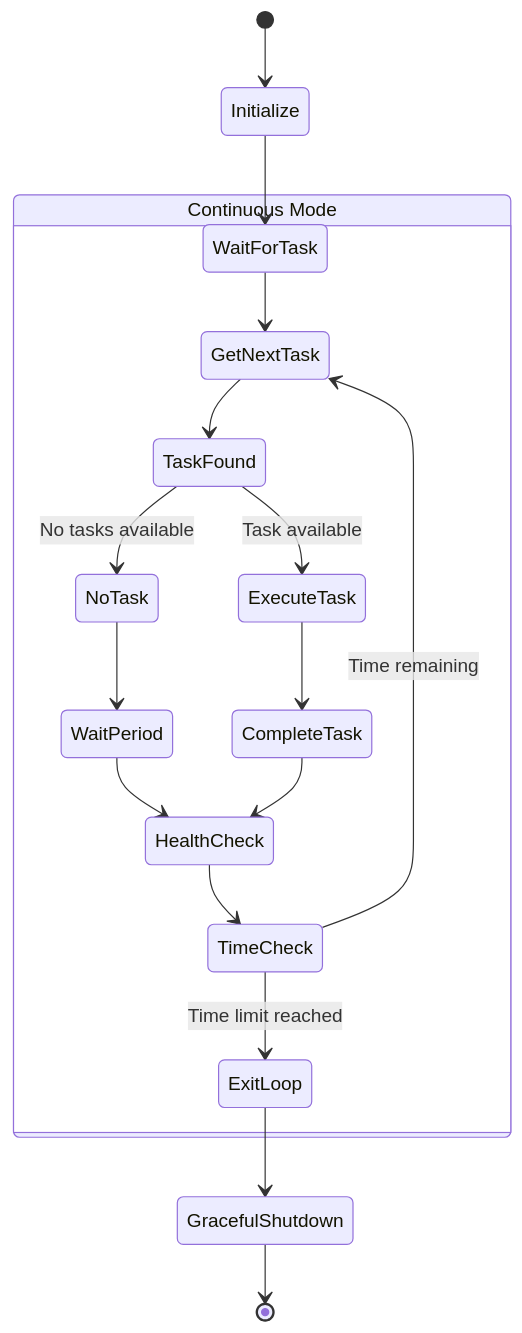
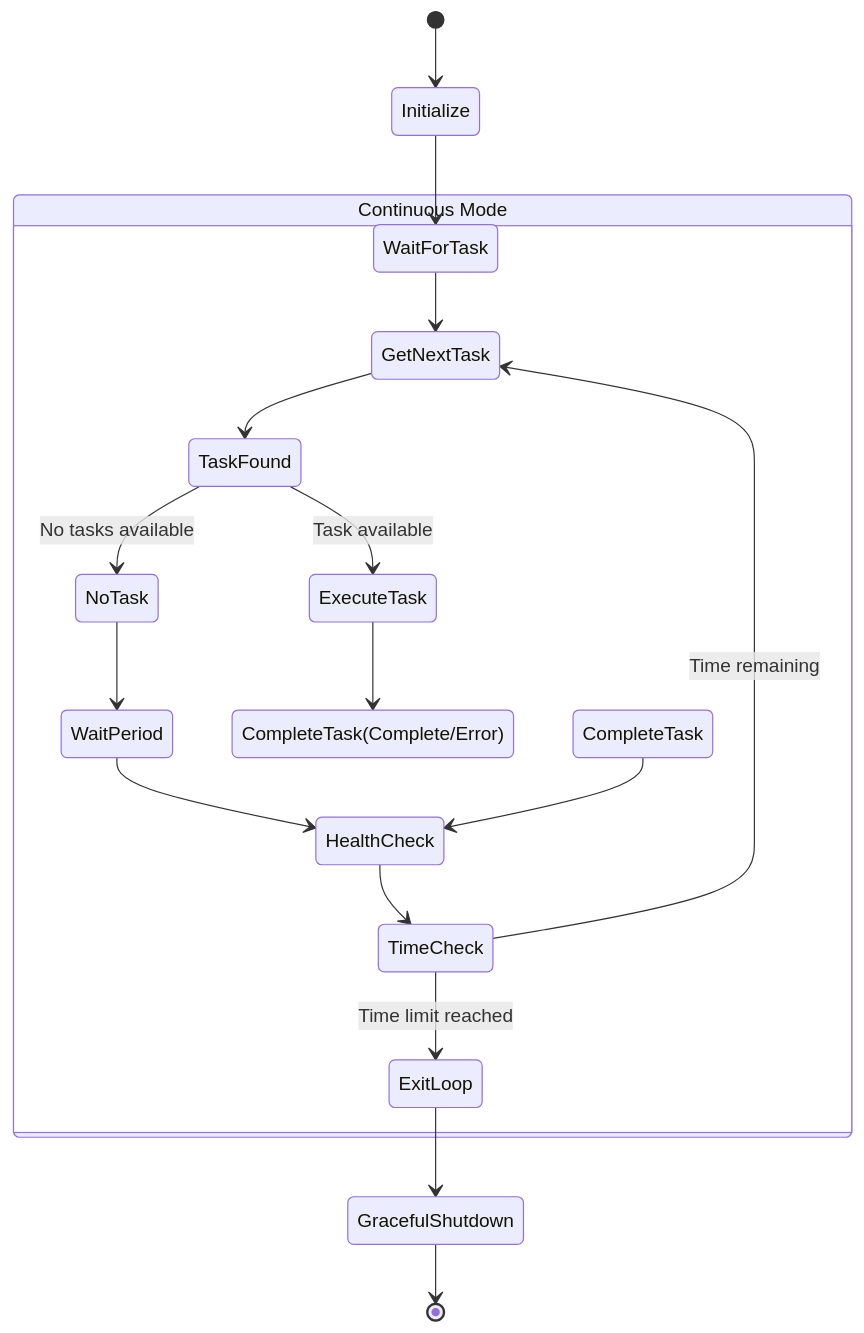
One commit to Maximooch/penguin changed the third of 3 diagrams in docs/docs/system/run-mode.md. Above: the diagram before and after it, drawn with Mermaid. The commit also changed other lines of this file and 3 other files, not shown here.

````diff
--- a/docs/docs/system/run-mode.md
+++ b/docs/docs/system/run-mode.md
@@ -82,29 +96,29 @@
 ```mermaid
 stateDiagram-v2
     [*] --> Initialize
     Initialize --> WaitForTask
     
     state "Continuous Mode" as ContinuousMode {
         WaitForTask --> GetNextTask
         GetNextTask --> TaskFound
         
         state TaskFound <<choice>>
         TaskFound --> NoTask: No tasks available
         TaskFound --> ExecuteTask: Task available
         
         NoTask --> WaitPeriod
         WaitPeriod --> HealthCheck
         
-        ExecuteTask --> CompleteTask
+        ExecuteTask --> CompleteTask(Complete/Error)
         CompleteTask --> HealthCheck
         
         HealthCheck --> TimeCheck
         
         state TimeCheck <<choice>>
         TimeCheck --> GetNextTask: Time remaining
         TimeCheck --> ExitLoop: Time limit reached
     }
     
     ExitLoop --> GracefulShutdown
     GracefulShutdown --> [*]
 ```
````
